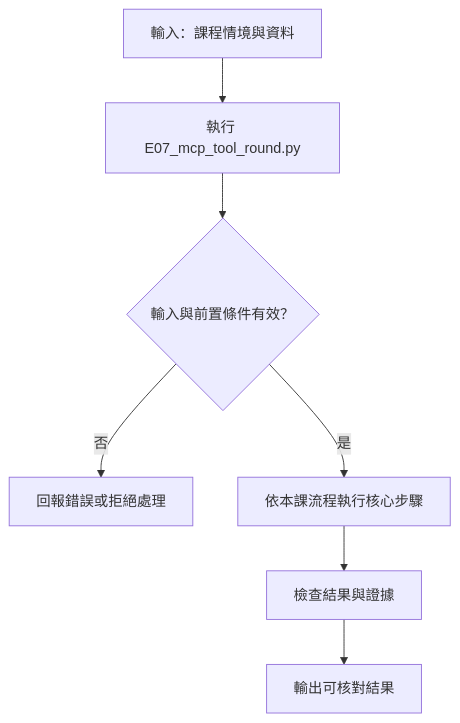
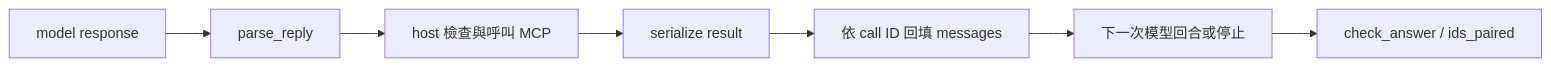
One commit to 4-learn/LLM-demo changed the fourth of 5 diagrams in 38-mcp-tool-round.md. Above: the diagram before and after it, drawn with Mermaid. The commit also changed other lines of this file and 66 other files, not shown here.

Commit message:
[pm] docs: expand lesson diagrams and fix course mapping (#17)

````diff
--- a/38-mcp-tool-round.md
+++ b/38-mcp-tool-round.md
@@ -11,9 +116,9 @@
 ```mermaid
-flowchart TD
-    A[輸入：課程情境與資料] --> B[執行 E07_mcp_tool_round.py]
-    B --> C{輸入與前置條件有效？}
-    C -- 否 --> D[回報錯誤或拒絕處理]
-    C -- 是 --> E[依本課流程執行核心步驟]
-    E --> F[檢查結果與證據]
-    F --> G[輸出可核對結果]
+flowchart LR
+    A[model response] --> B[parse_reply]
+    B --> C[host 檢查與呼叫 MCP]
+    C --> D[serialize result]
+    D --> E[依 call ID 回填 messages]
+    E --> F[下一次模型回合或停止]
+    F --> G[check_answer / ids_paired]
 ```
````
